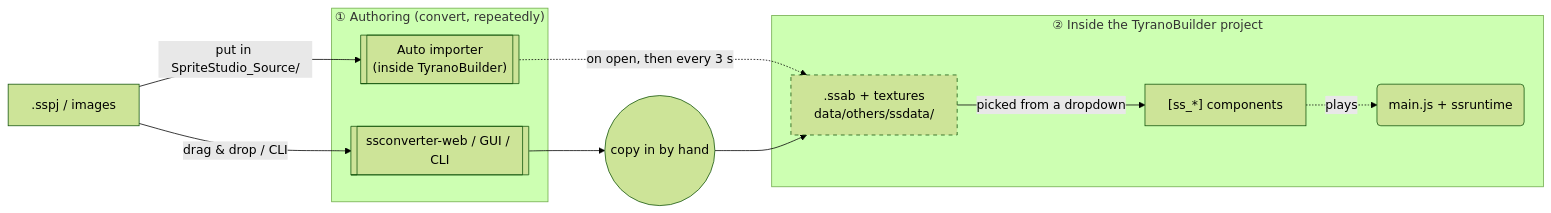
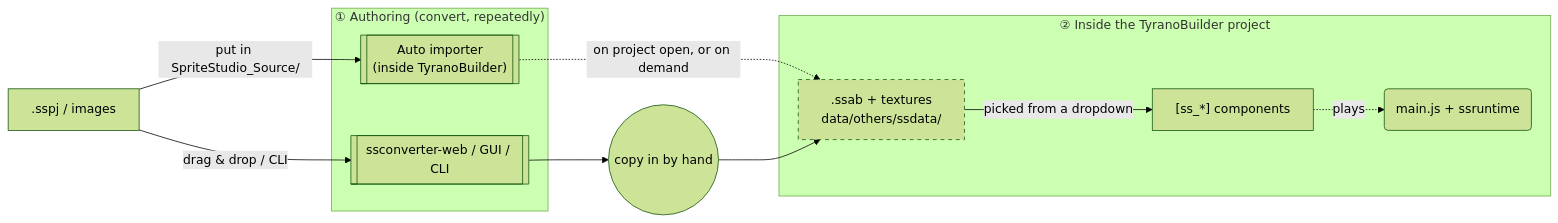
The diagram in docs/usage/tyranobuilder.md (cri-middleware/SSPlayerForWeb), drawn with Mermaid (forest theme) before and after one commit. The commit also changed other lines of this file and 18 other files, not shown here.

````diff
--- a/docs/usage/tyranobuilder.md
+++ b/docs/usage/tyranobuilder.md
@@ -63,27 +63,27 @@
 ```mermaid
 graph LR
     SS[".sspj / images"]
 
     subgraph Author ["① Authoring (convert, repeatedly)"]
         AUTO[["Auto importer<br/>(inside TyranoBuilder)"]]
         TOOLS[["ssconverter-web / GUI / CLI"]]
     end
 
     MANUAL(("copy in by hand"))
 
     subgraph Game ["② Inside the TyranoBuilder project"]
         BIN[".ssab + textures<br/>data/others/ssdata/"]
         COMP["[ss_*] components"]
         RT("main.js + ssruntime")
     end
 
     SS -->|"put in SpriteStudio_Source/"| AUTO
     SS -->|"drag & drop / CLI"| TOOLS
-    AUTO -. "on open, then every 3 s" .-> BIN
+    AUTO -. "on project open, or on demand" .-> BIN
     TOOLS --> MANUAL --> BIN
     BIN -->|"picked from a dropdown"| COMP
     COMP -. "plays" .-> RT
 
     classDef generated stroke-dasharray: 5 5;
     class BIN generated;
 ```
````
